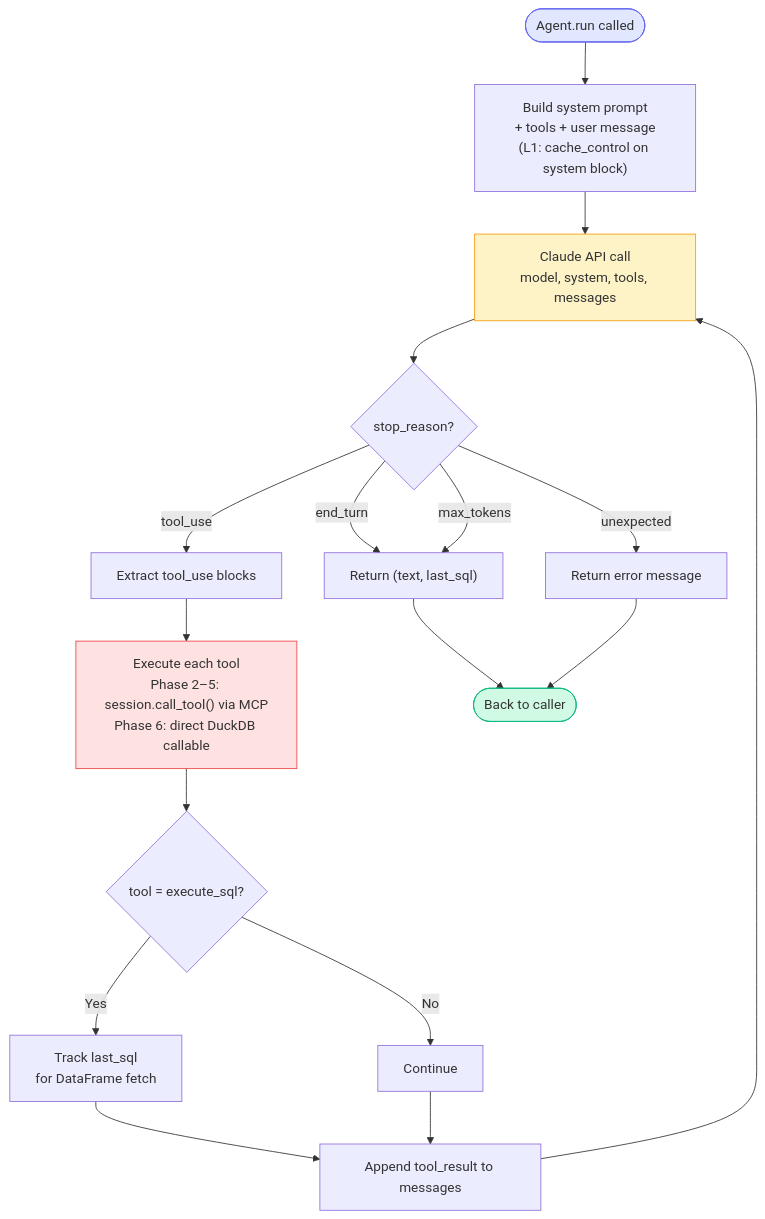
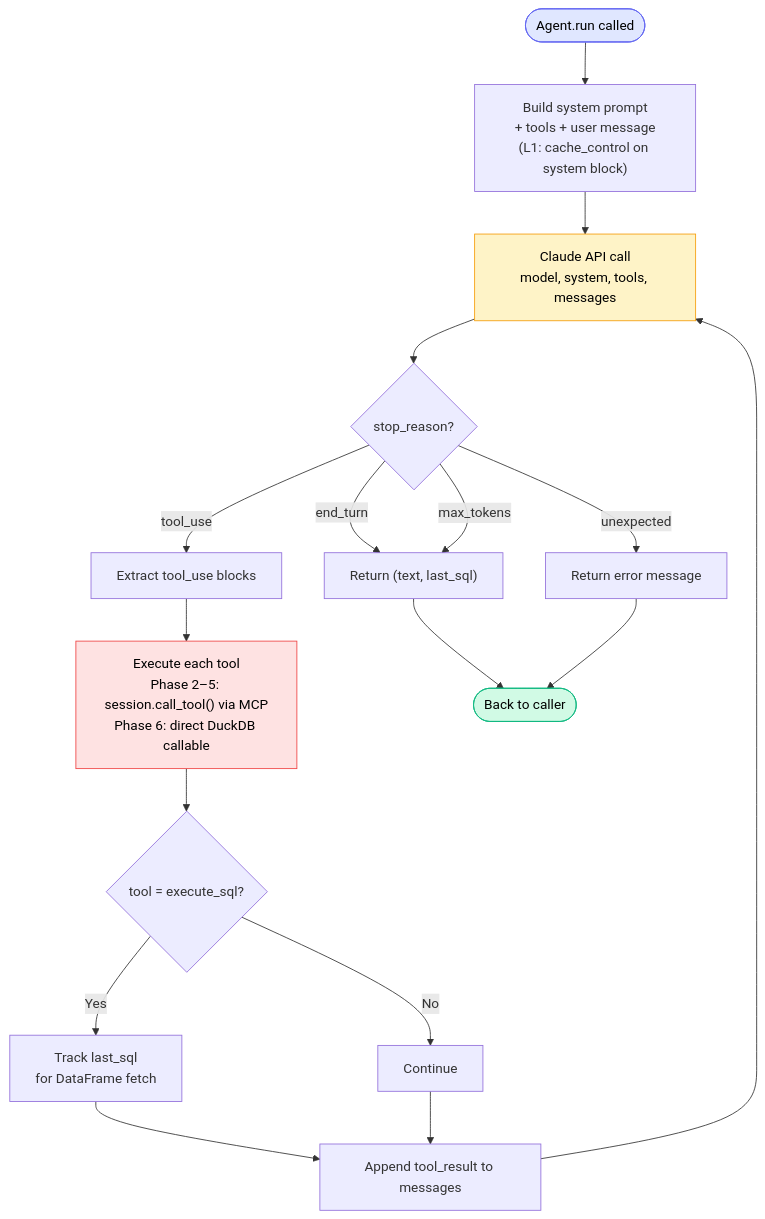
One commit to suryapatnaik1/llm-bi-chat-langgraph changed the seventh of 15 diagrams in docs/diagrams/diagrams.md. Above: the diagram before and after it, drawn with Mermaid. The commit also changed other lines of this file, not shown here.

Commit message:
color changed for diagrams

````diff
--- a/docs/diagrams/diagrams.md
+++ b/docs/diagrams/diagrams.md
@@ -321,28 +324,28 @@
 ```mermaid
 flowchart TD
     Entry([Agent.run called]) --> BuildPrompt["Build system prompt<br/>+ tools + user message<br/>(L1: cache_control on system block)"]
     BuildPrompt --> CallClaude["Claude API call<br/>model, system, tools, messages"]
 
     CallClaude --> CheckStop{stop_reason?}
 
     CheckStop -->|tool_use| ExtractTools[Extract tool_use blocks]
     ExtractTools --> ExecTool["Execute each tool<br/>Phase 2–5: session.call_tool() via MCP<br/>Phase 6: direct DuckDB callable"]
     ExecTool --> TrackSQL{tool = execute_sql?}
     TrackSQL -->|Yes| SaveSQL["Track last_sql<br/>for DataFrame fetch"]
     TrackSQL -->|No| SkipSQL[Continue]
     SaveSQL --> AppendResult[Append tool_result to messages]
     SkipSQL --> AppendResult
     AppendResult --> CallClaude
 
     CheckStop -->|end_turn| ReturnText["Return (text, last_sql)"]
     CheckStop -->|max_tokens| ReturnText
     CheckStop -->|unexpected| ReturnError[Return error message]
 
     ReturnText --> Exit([Back to caller])
     ReturnError --> Exit
 
-    style Entry fill:#e0e7ff,stroke:#6366f1
-    style Exit fill:#d1fae5,stroke:#10b981
-    style CallClaude fill:#fef3c7,stroke:#f59e0b
-    style ExecTool fill:#fee2e2,stroke:#ef4444
+    style Entry fill:#e0e7ff,stroke:#6366f1,color:#000000
+    style Exit fill:#d1fae5,stroke:#10b981,color:#000000
+    style CallClaude fill:#fef3c7,stroke:#f59e0b,color:#000000
+    style ExecTool fill:#fee2e2,stroke:#ef4444,color:#000000
 ```
````
